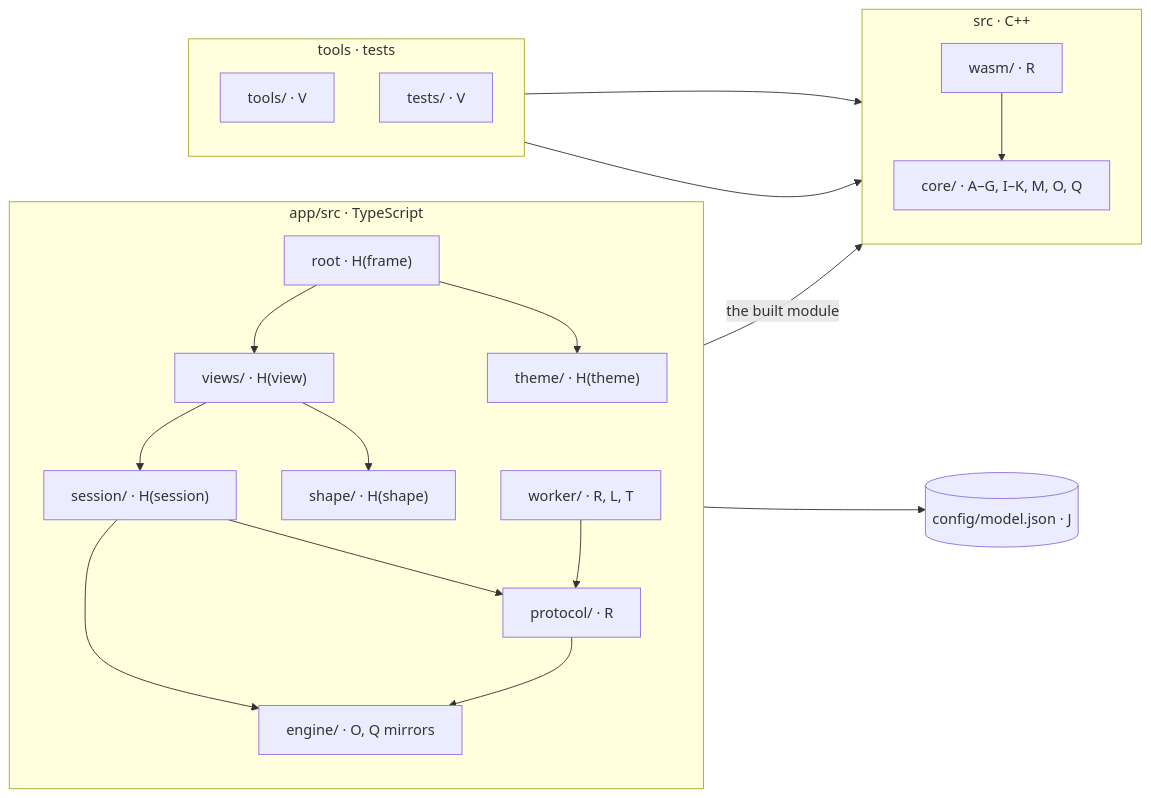
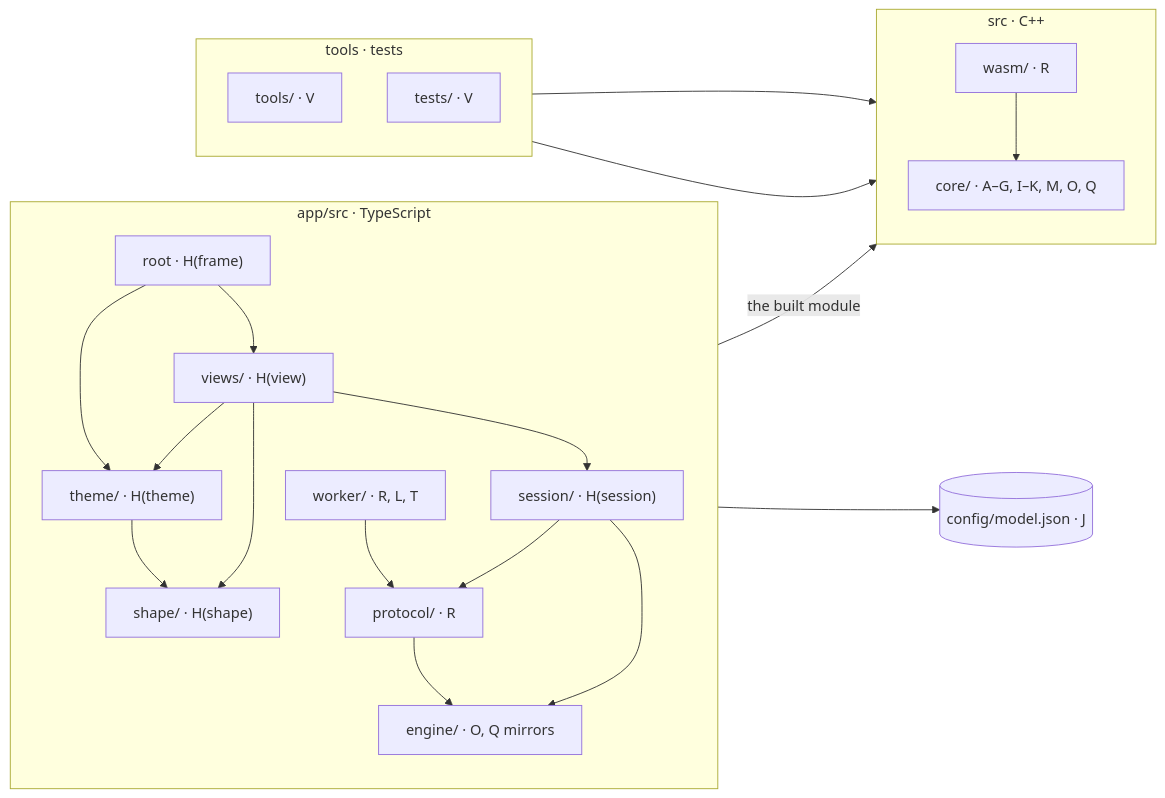
One commit to plainsight-systems/frizzle changed the diagram in docs/architecture/file-mapping.md. Above: the diagram before and after it, drawn with Mermaid. The commit also changed other lines of this file and 38 other files, not shown here.

````diff
--- a/docs/architecture/file-mapping.md
+++ b/docs/architecture/file-mapping.md
@@ -21,38 +21,40 @@
 ```mermaid
 flowchart LR
   subgraph app["app/src · TypeScript"]
     direction TB
     frame["root · H(frame)"]
     views["views/ · H(view)"]
     theme["theme/ · H(theme)"]
     session["session/ · H(session)"]
     shape["shape/ · H(shape)"]
     mirrors["engine/ · O, Q mirrors"]
     protocol["protocol/ · R"]
     worker["worker/ · R, L, T"]
   end
   subgraph src["src · C++"]
     direction TB
     wasm["wasm/ · R"]
     core["core/ · A–G, I–K, M, O, Q"]
   end
   subgraph native["tools · tests"]
     direction TB
     tools["tools/ · V"]
     tests["tests/ · V"]
   end
   config[("config/model.json · J")]
   frame --> views
   frame --> theme
   views --> session
   views --> shape
+  views --> theme
+  theme --> shape
   session --> mirrors
   session --> protocol
   protocol --> mirrors
   worker --> protocol
   worker -->|"the built module"| wasm
   worker --> config
   wasm --> core
   tools --> core
   tests --> core
 ```
````
